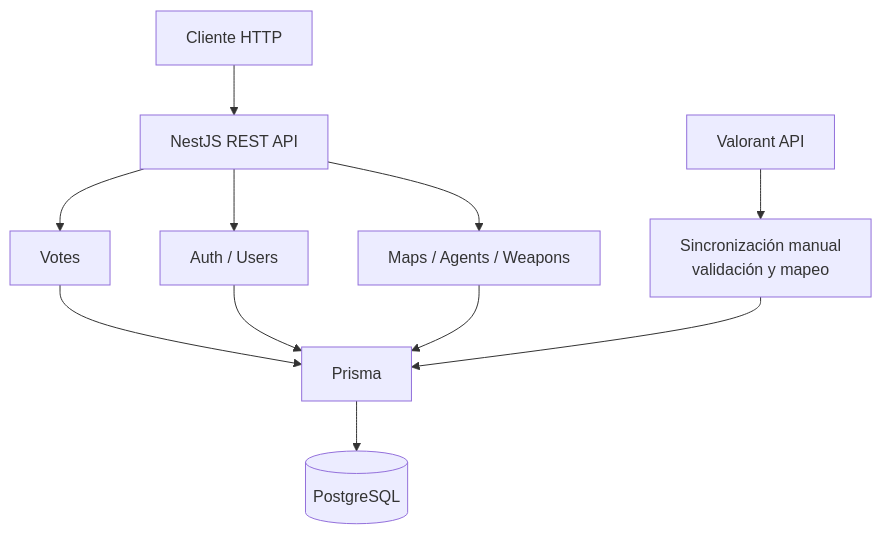
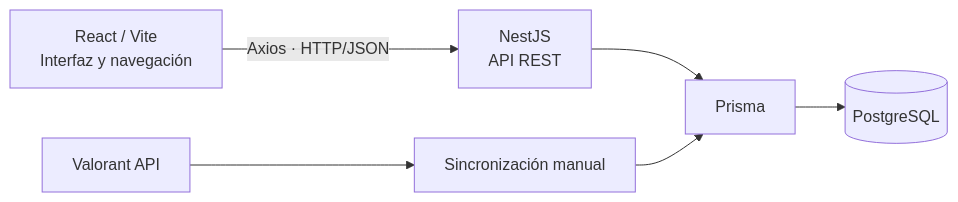
Before and after one commit to Niico4/prueba-tecnica-full-stack: the first of 4 diagrams in DOC.md, drawn with Mermaid. The commit also changed other lines of this file and 66 other files, not shown here.

````diff
--- a/DOC.md
+++ b/DOC.md
@@ -7,13 +7,8 @@
 ```mermaid
-flowchart TB
-    Cliente["Cliente HTTP"] --> API["NestJS REST API"]
-    API --> Auth["Auth / Users"]
-    API --> Votes["Votes"]
-    Votes --> Prisma
-    API --> Catalogo["Maps / Agents / Weapons"]
-    Auth --> Prisma["Prisma"]
-    Catalogo --> Prisma
-    Prisma --> DB[("PostgreSQL")]
-    Proveedor["Valorant API"] --> Sync["Sincronización manual<br/>validación y mapeo"]
+flowchart LR
+    Web["React / Vite<br/>Interfaz y navegación"] -->|"Axios · HTTP/JSON"| API["NestJS<br/>API REST"]
+    API --> Prisma["Prisma"]
+    Prisma --> DB[(PostgreSQL)]
+    Valorant["Valorant API"] --> Sync["Sincronización manual"]
     Sync --> Prisma
 ```
````
